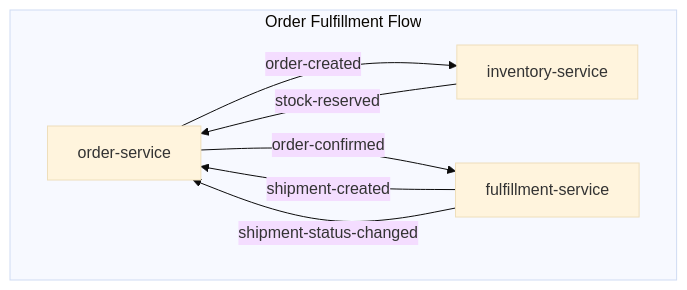
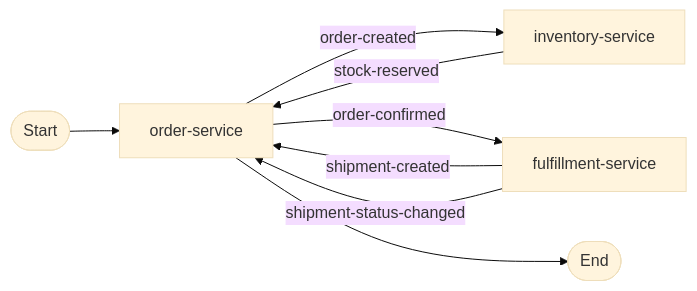
One commit to filozofira/spas changed the diagram in examples/domains/order-fulfillment/README.md. Above: the diagram before and after it, drawn with Mermaid (base theme). The commit also changed other lines of this file and 36 other files, not shown here.

Commit message:
Updated order-fulfillment and subscription-order choreographies. (#61)

````diff
--- a/examples/domains/order-fulfillment/README.md
+++ b/examples/domains/order-fulfillment/README.md
@@ -36,11 +3,10 @@
 ```mermaid
 flowchart LR
-    subgraph Order Fulfillment Flow
-        direction LR
-        OS[order-service] -->|order-created| IS[inventory-service]
-        IS -->|stock-reserved| OS
-        OS -->|order-confirmed| FS[fulfillment-service]
-        FS -->|shipment-created| OS
-        FS -->|shipment-status-changed| OS
-    end
+    Start([Start]) --> OS[order-service]
+    OS -->|order-created| IS[inventory-service]
+    IS -->|stock-reserved| OS
+    OS -->|order-confirmed| FS[fulfillment-service]
+    FS -->|shipment-created| OS
+    FS -->|shipment-status-changed| OS
+    OS --> End([End])
 ```
````
